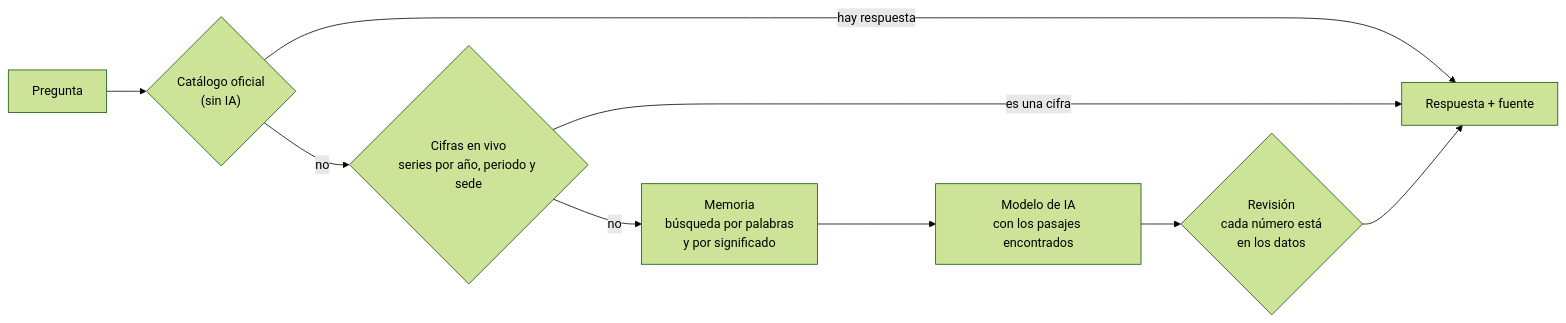
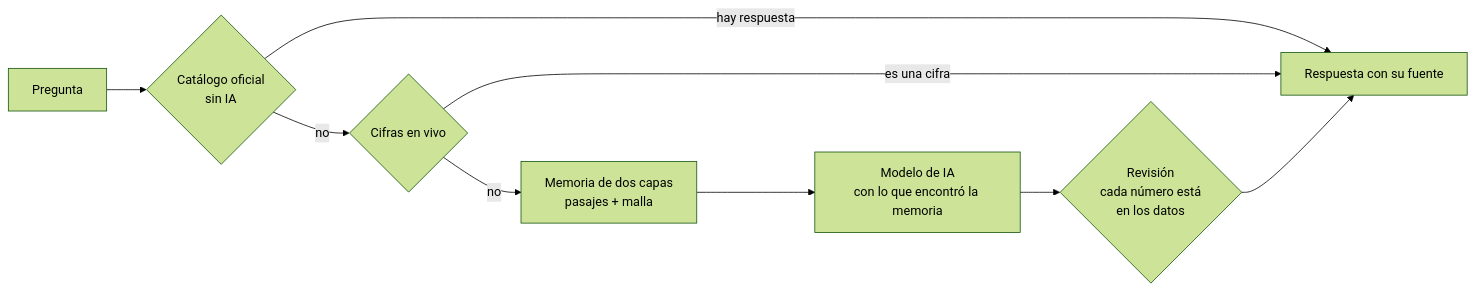
One commit to jogutierrezc/piloai changed the first of 3 diagrams in README.md. Above: the diagram before and after it, drawn with Mermaid (forest theme). The commit also changed other lines of this file, not shown here.

Commit message:
feat: enhance README.md with detailed descriptions of Pilo's functionality and architecture

````diff
--- a/README.md
+++ b/README.md
@@ -45,11 +47,11 @@
 ```mermaid
 flowchart LR
-    P["Pregunta"] --> C{"Catálogo oficial<br/>(sin IA)"}
-    C -- "hay respuesta" --> R["Respuesta + fuente"]
-    C -- "no" --> F{"Cifras en vivo<br/>series por año, periodo y sede"}
+    P["Pregunta"] --> C{"Catálogo oficial<br/>sin IA"}
+    C -- "hay respuesta" --> R["Respuesta con su fuente"]
+    C -- "no" --> F{"Cifras en vivo"}
     F -- "es una cifra" --> R
-    F -- "no" --> M["Memoria<br/>búsqueda por palabras<br/>y por significado"]
-    M --> IA["Modelo de IA<br/>con los pasajes encontrados"]
+    F -- "no" --> M["Memoria de dos capas<br/>pasajes + malla"]
+    M --> IA["Modelo de IA<br/>con lo que encontró la memoria"]
     IA --> V{"Revisión<br/>cada número está<br/>en los datos"}
     V --> R
 ```
````
